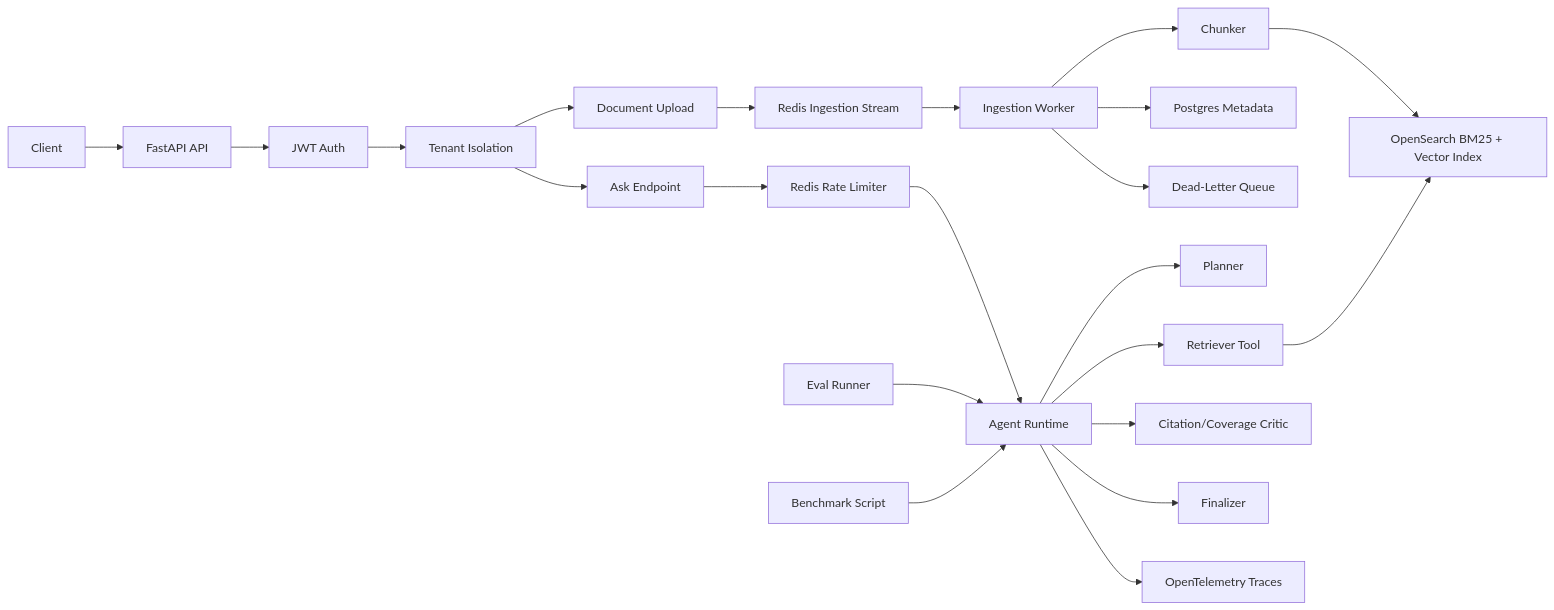
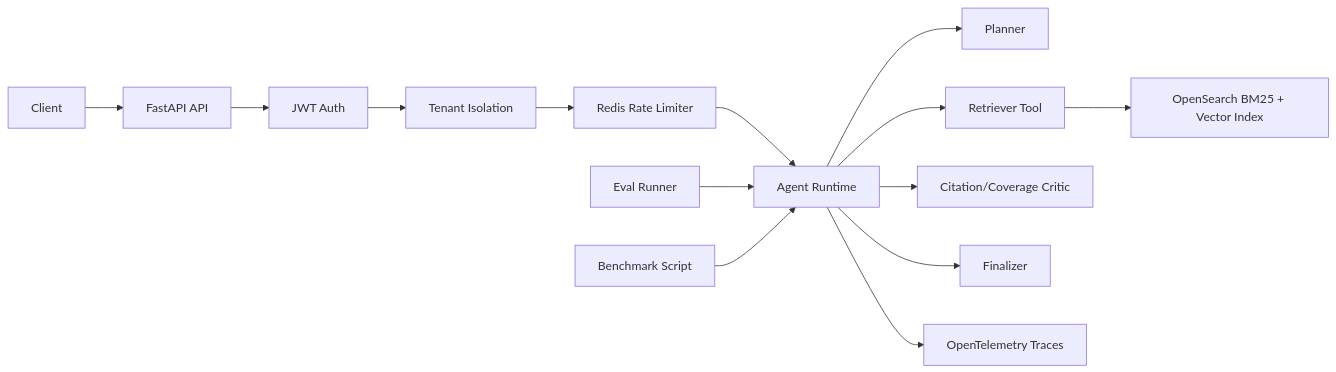
Before and after one commit to shusingh/agentops-rag: the second of 2 diagrams in README.md, drawn with Mermaid. The commit also changed other lines of this file, not shown here.

````diff
--- a/README.md
+++ b/README.md
@@ -23,24 +55,16 @@
 ```mermaid
 flowchart LR
   Client["Client"] --> API["FastAPI API"]
   API --> Auth["JWT Auth"]
   Auth --> Tenant["Tenant Isolation"]
-  Tenant --> Docs["Document Upload"]
-  Docs --> Queue["Redis Ingestion Stream"]
-  Queue --> Worker["Ingestion Worker"]
-  Worker --> Chunker["Chunker"]
-  Chunker --> Search["OpenSearch BM25 + Vector Index"]
-  Worker --> Meta["Postgres Metadata"]
-  Worker --> DLQ["Dead-Letter Queue"]
-  Tenant --> Ask["Ask Endpoint"]
-  Ask --> RateLimit["Redis Rate Limiter"]
+  Tenant --> RateLimit["Redis Rate Limiter"]
   RateLimit --> Agent["Agent Runtime"]
   Agent --> Planner["Planner"]
   Agent --> Retriever["Retriever Tool"]
-  Retriever --> Search
+  Retriever --> Search["OpenSearch BM25 + Vector Index"]
   Agent --> Critic["Citation/Coverage Critic"]
   Agent --> Finalizer["Finalizer"]
   Agent --> Traces["OpenTelemetry Traces"]
   Eval["Eval Runner"] --> Agent
   Bench["Benchmark Script"] --> Agent
 ```
````
